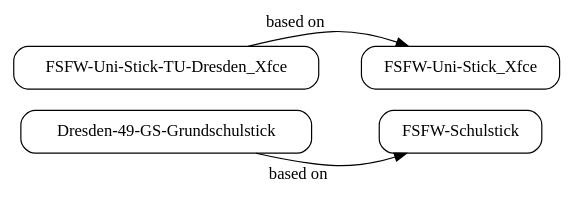
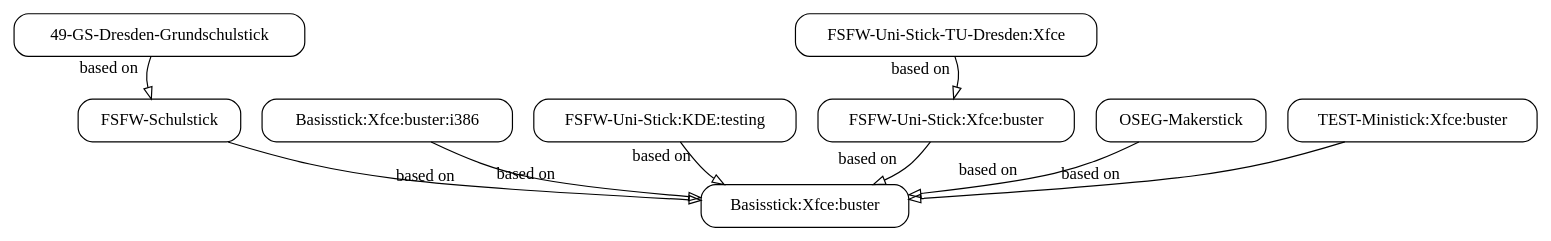
The diagram in variants/features.adoc (fsfw-dresden/usb-live-linux), drawn with Graphviz before and after one commit. The commit also changed other lines of this file and 758 other files, not shown here.

```diff
--- a/variants/features.adoc
+++ b/variants/features.adoc
@@ -37,12 +53,21 @@
-[graphviz, variant-inheritance.png, fdp]
+[graphviz, variant-inheritance.png, dot]
 -------
 digraph variants {
-  splines=curved
-  node [ shape = box, style = rounded ];
-  edge [ labelfloat = true];
-  K=2.5;
-  rankdir=LR;
-  "Dresden-49-GS-Grundschulstick" -> "FSFW-Schulstick" [ xlabel = "based on" ];
-  "FSFW-Uni-Stick-TU-Dresden_Xfce" -> "FSFW-Uni-Stick_Xfce" [ xlabel = "based on" ];
+  splines=curved;
+  node [
+    shape = box,
+    style = rounded
+  ];
+  edge [
+    arrowhead = empty
+  ];
+  "49-GS-Dresden-Grundschulstick" -> "FSFW-Schulstick" [ xlabel = "based on" ];
+  "Basisstick:Xfce:buster:i386" -> "Basisstick:Xfce:buster" [ xlabel = "based on" ];
+  "FSFW-Schulstick" -> "Basisstick:Xfce:buster" [ xlabel = "based on" ];
+  "FSFW-Uni-Stick:KDE:testing" -> "Basisstick:Xfce:buster" [ xlabel = "based on" ];
+  "FSFW-Uni-Stick-TU-Dresden:Xfce" -> "FSFW-Uni-Stick:Xfce:buster" [ xlabel = "based on" ];
+  "FSFW-Uni-Stick:Xfce:buster" -> "Basisstick:Xfce:buster" [ xlabel = "based on" ];
+  "OSEG-Makerstick" -> "Basisstick:Xfce:buster" [ xlabel = "based on" ];
+  "TEST-Ministick:Xfce:buster" -> "Basisstick:Xfce:buster" [ xlabel = "based on" ];
 }
 -------
```
